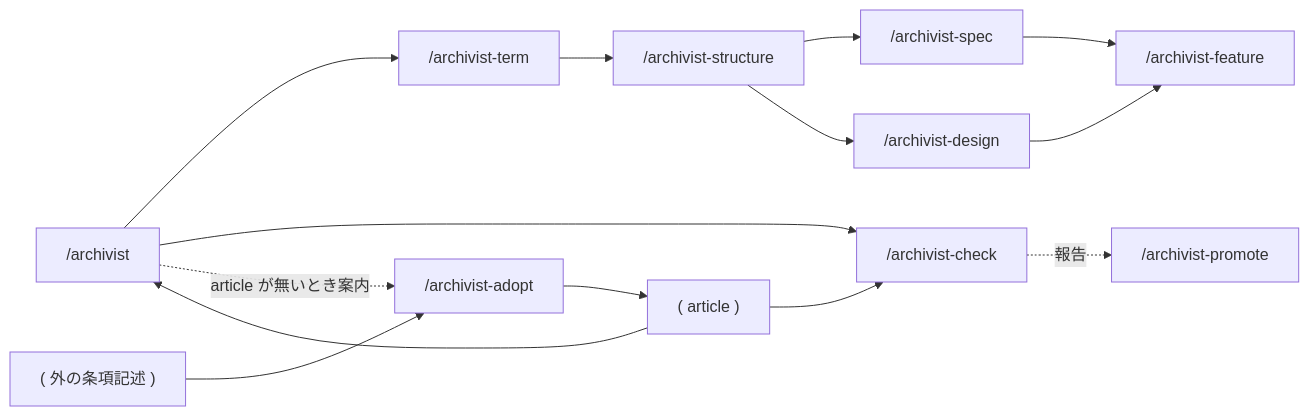
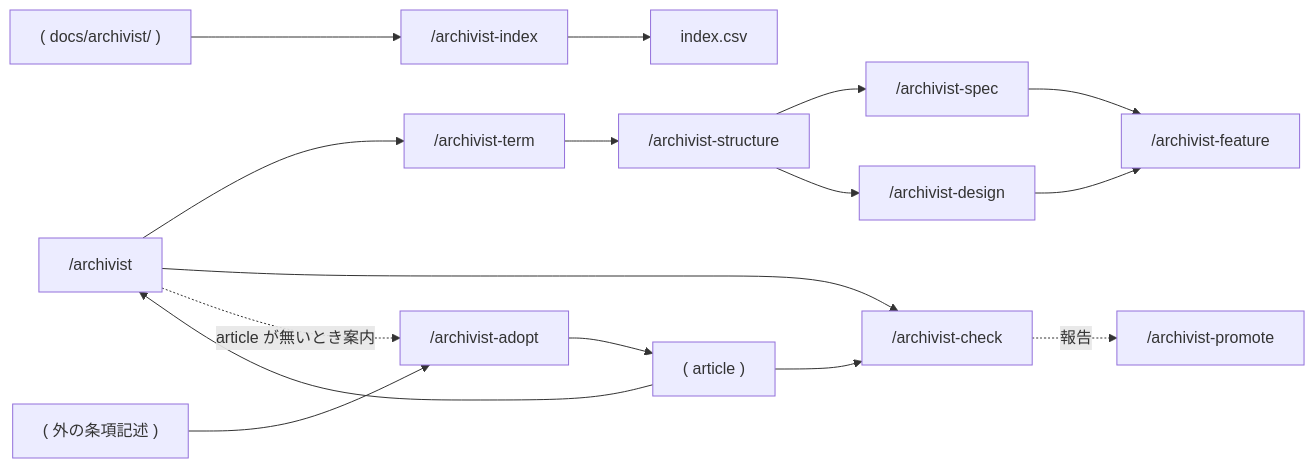
The first of 2 diagrams in docs/archivist/L3_structures/skill-composition.md (gameundwatch/archivist), drawn with Mermaid before and after one commit. The commit also changed other lines of this file and 12 other files, not shown here.

````diff
--- a/docs/archivist/L3_structures/skill-composition.md
+++ b/docs/archivist/L3_structures/skill-composition.md
@@ -7,12 +7,13 @@
 ```mermaid
 flowchart LR
     A["/archivist"]
     A --> T["/archivist-term"] --> S["/archivist-structure"]
     S --> SP["/archivist-spec"] --> F["/archivist-feature"]
     S --> D["/archivist-design"] --> F
     A --> C["/archivist-check"] -.報告.-> P["/archivist-promote"]
+    DOCS["( docs/archivist/ )"] --> IX["/archivist-index"] --> CSV["index.csv"]
     DEC["( article )"] --> C
     EXT["( 外の条項記述 )"] --> AD["/archivist-adopt"] --> DEC
     DEC --> A
     A -.article が無いとき案内.-> AD
 ```
````
